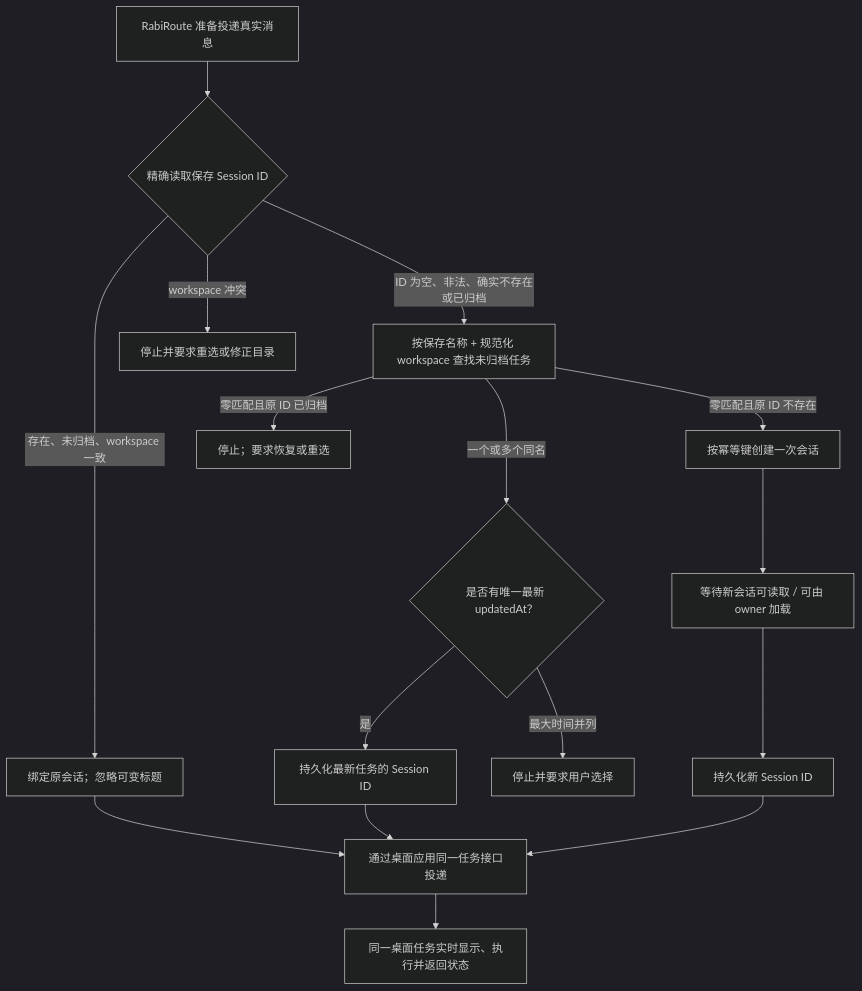
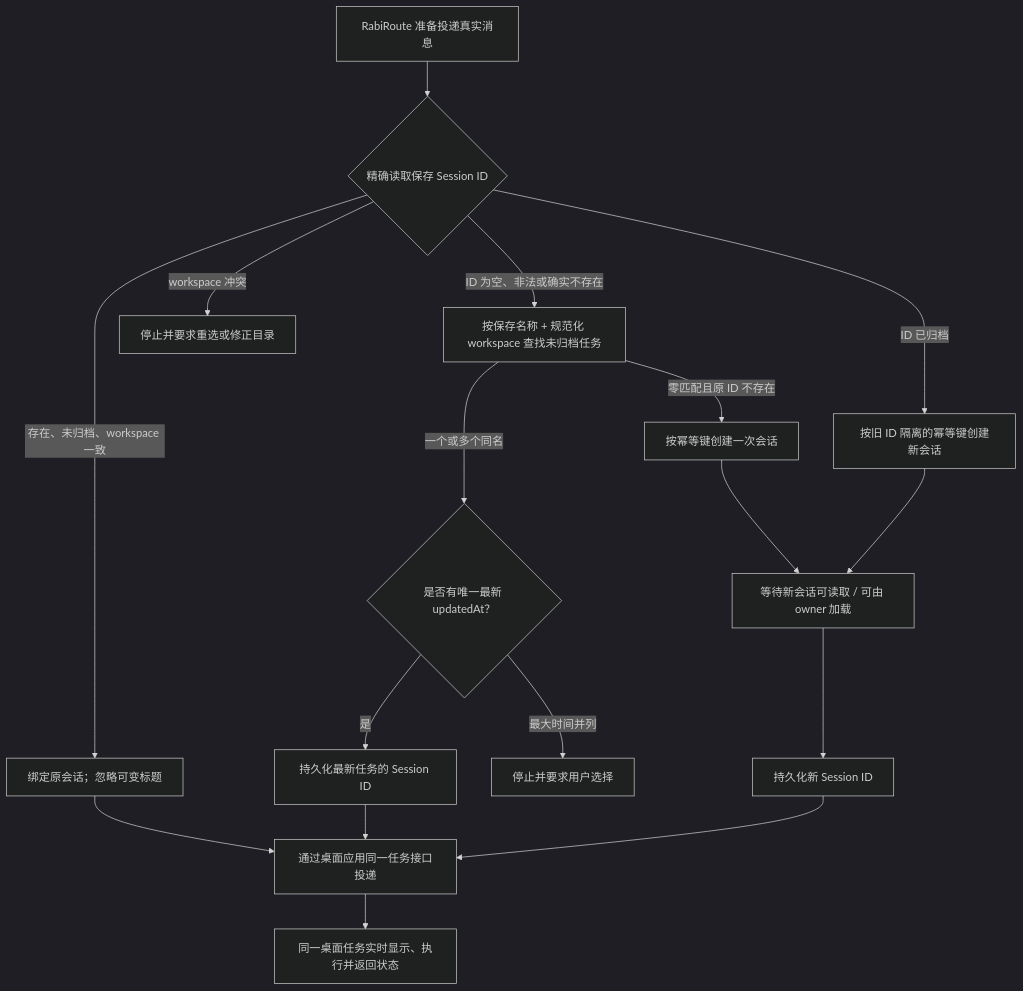
One commit to vb2250158/RabiRoute changed the first of 2 diagrams in docs/agent-adapter-standard-requirements.md. Above: the diagram before and after it, drawn with Mermaid (dark theme). The commit also changed other lines of this file and 229 other files, not shown here.

````diff
--- a/docs/agent-adapter-standard-requirements.md
+++ b/docs/agent-adapter-standard-requirements.md
@@ -34,18 +34,19 @@
 ```mermaid
 flowchart TD
     M["RabiRoute 准备投递真实消息"] --> I{"精确读取保存 Session ID"}
     I -->|"存在、未归档、workspace 一致"| B["绑定原会话；忽略可变标题"]
-    I -->|"ID 为空、非法、确实不存在或已归档"| Q["按保存名称 + 规范化 workspace 查找未归档任务"]
+    I -->|"ID 已归档"| C2["按旧 ID 隔离的幂等键创建新会话"]
+    I -->|"ID 为空、非法或确实不存在"| Q["按保存名称 + 规范化 workspace 查找未归档任务"]
     I -->|"workspace 冲突"| X["停止并要求重选或修正目录"]
     Q -->|"一个或多个同名"| N{"是否有唯一最新 updatedAt？"}
     Q -->|"零匹配且原 ID 不存在"| C["按幂等键创建一次会话"]
-    Q -->|"零匹配且原 ID 已归档"| X2["停止；要求恢复或重选"]
     N -->|"是"| P["持久化最新任务的 Session ID"]
     N -->|"最大时间并列"| A["停止并要求用户选择"]
     C --> V["等待新会话可读取 / 可由 owner 加载"]
+    C2 --> V
     V --> P2["持久化新 Session ID"]
     B --> D["通过桌面应用同一任务接口投递"]
     P --> D
     P2 --> D
     D --> O["同一桌面任务实时显示、执行并返回状态"]
 ```
````
